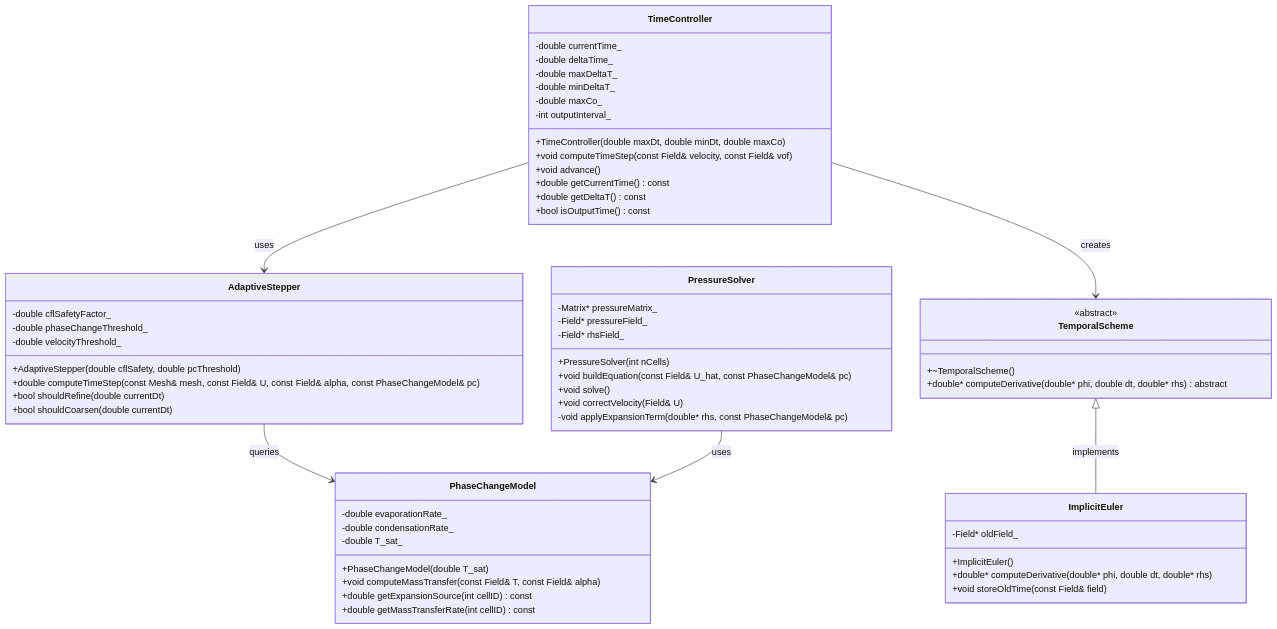
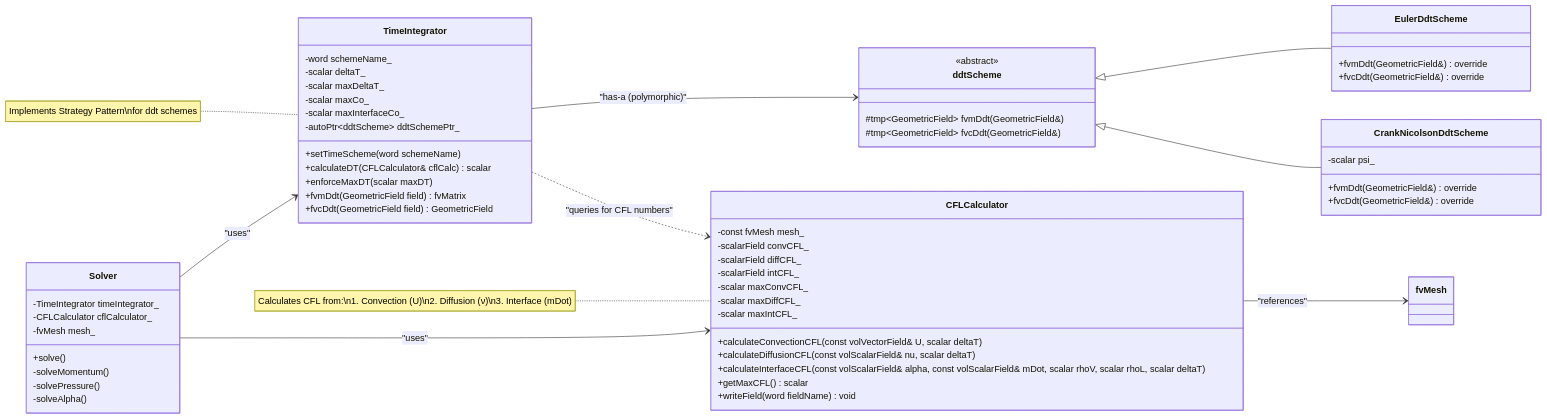
One commit to wramet/build-my-cfd changed the diagram in daily_learning/2026-01-04.md. Above: the diagram before and after it, drawn with Mermaid. The commit also changed other lines of this file and 12 other files, not shown here.

````diff
--- a/daily_learning/2026-01-04.md
+++ b/daily_learning/2026-01-04.md
@@ -543,67 +732,71 @@
 ```mermaid
 classDiagram
-    class TimeController {
-        -double currentTime_
-        -double deltaTime_
-        -double maxDeltaT_
-        -double minDeltaT_
-        -double maxCo_
-        -int outputInterval_
-        +TimeController(double maxDt, double minDt, double maxCo)
-        +void computeTimeStep(const Field& velocity, const Field& vof)
-        +void advance()
-        +double getCurrentTime() const
-        +double getDeltaT() const
-        +bool isOutputTime() const
+    direction LR
+
+    class Solver {
+        -TimeIntegrator timeIntegrator_
+        -CFLCalculator cflCalculator_
+        -fvMesh mesh_
+        +solve()
+        -solveMomentum()
+        -solvePressure()
+        -solveAlpha()
     }
 
-    class TemporalScheme {
-        <<abstract>>
-        +~TemporalScheme()
-        +double* computeDerivative(double* phi, double dt, double* rhs) abstract
+    class TimeIntegrator {
+        -word schemeName_
+        -scalar deltaT_
+        -scalar maxDeltaT_
+        -scalar maxCo_
+        -scalar maxInterfaceCo_
+        -autoPtr~ddtScheme~ ddtSchemePtr_
+        +setTimeScheme(word schemeName)
+        +calculateDT(CFLCalculator& cflCalc) scalar
+        +enforceMaxDT(scalar maxDT)
+        +fvmDdt(GeometricField field) fvMatrix
+        +fvcDdt(GeometricField field) GeometricField
     }
 
-    class ImplicitEuler {
-        -Field* oldField_
-        +ImplicitEuler()
-        +double* computeDerivative(double* phi, double dt, double* rhs)
-        +void storeOldTime(const Field& field)
+    class CFLCalculator {
+        -const fvMesh mesh_
+        -scalarField convCFL_
+        -scalarField diffCFL_
+        -scalarField intCFL_
+        -scalar maxConvCFL_
+        -scalar maxDiffCFL_
+        -scalar maxIntCFL_
+        +calculateConvectionCFL(const volVectorField& U, scalar deltaT)
+        +calculateDiffusionCFL(const volScalarField& nu, scalar deltaT)
+        +calculateInterfaceCFL(const volScalarField& alpha, const volScalarField& mDot, scalar rhoV, scalar rhoL, scalar deltaT)
+        +getMaxCFL() scalar
+        +writeField(word fieldName) void
     }
 
-    class AdaptiveStepper {
-        -double cflSafetyFactor_
-        -double phaseChangeThreshold_
-        -double velocityThreshold_
-        +AdaptiveStepper(double cflSafety, double pcThreshold)
-        +double computeTimeStep(const Mesh& mesh, const Field& U, const Field& alpha, const PhaseChangeModel& pc)
-        +bool shouldRefine(double currentDt)
-        +bool shouldCoarsen(double currentDt)
+    class ddtScheme {
+        <<abstract>>
+        #tmp~GeometricField~ fvmDdt(GeometricField&)
+        #tmp~GeometricField~ fvcDdt(GeometricField&)
     }
 
-    class PhaseChangeModel {
-        -double evaporationRate_
-        -double condensationRate_
-        -double T_sat_
-        +PhaseChangeModel(double T_sat)
-        +void computeMassTransfer(const Field& T, const Field& alpha)
-        +double getExpansionSource(int cellID) const
-        +double getMassTransferRate(int cellID) const
+    class EulerDdtScheme {
+        +fvmDdt(GeometricField&) override
+        +fvcDdt(GeometricField&) override
     }
 
-    class PressureSolver {
-        -Matrix* pressureMatrix_
-        -Field* pressureField_
-        -Field* rhsField_
-        +PressureSolver(int nCells)
-        +void buildEquation(const Field& U_hat, const PhaseChangeModel& pc)
-        +void solve()
-        +void correctVelocity(Field& U)
-        -void applyExpansionTerm(double* rhs, const PhaseChangeModel& pc)
+    class CrankNicolsonDdtScheme {
+        -scalar psi_
+        +fvmDdt(GeometricField&) override
+        +fvcDdt(GeometricField&) override
     }
 
-    TimeController --> AdaptiveStepper : uses
-    TimeController --> TemporalScheme : creates
-    TemporalScheme <|-- ImplicitEuler : implements
-    AdaptiveStepper --> PhaseChangeModel : queries
-    PressureSolver --> PhaseChangeModel : uses
+    Solver --> TimeIntegrator : "uses"
+    Solver --> CFLCalculator : "uses"
+    TimeIntegrator --> ddtScheme : "has-a (polymorphic)"
+    ddtScheme <|-- EulerDdtScheme
+    ddtScheme <|-- CrankNicolsonDdtScheme
+    CFLCalculator --> fvMesh : "references"
+    TimeIntegrator ..> CFLCalculator : "queries for CFL numbers"
+
+    note for TimeIntegrator "Implements Strategy Pattern\nfor ddt schemes"
+    note for CFLCalculator "Calculates CFL from:\n1. Convection (U)\n2. Diffusion (ν)\n3. Interface (mDot)"
 ```
````
